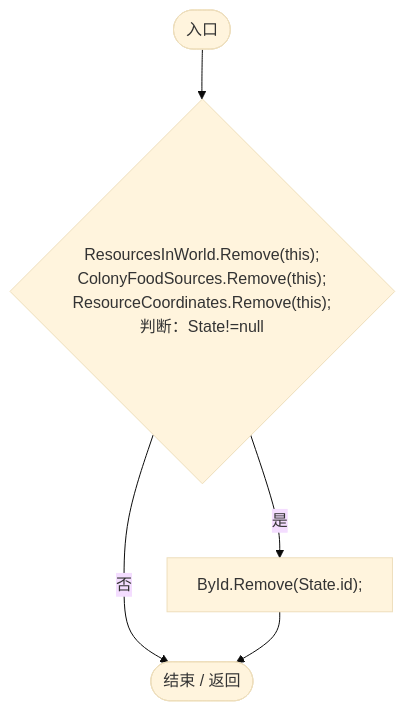
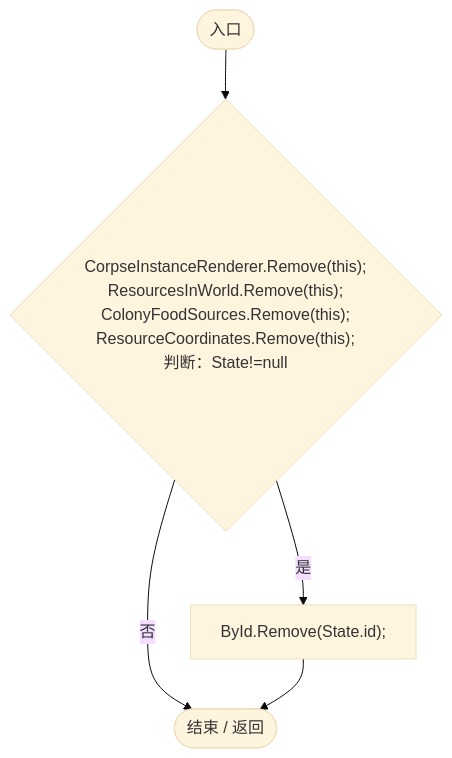
The eighth of 20 diagrams in Docs/运行流程图/脚本/293dbaecfff4b585.md (xhs6666/Darwin_paradise), drawn with Mermaid (base theme) before and after one commit. The commit also changed other lines of this file and 297 other files, not shown here.

````diff
--- a/Docs/运行流程图/脚本/293dbaecfff4b585.md
+++ b/Docs/运行流程图/脚本/293dbaecfff4b585.md
@@ -208,12 +209,12 @@
 ```mermaid
 flowchart TD
   b0(["入口"])
-  b1{"ResourcesInWorld.Remove(this);<br/>ColonyFoodSources.Remove(this);<br/>ResourceCoordinates.Remove(this);<br/>判断：State!=null"}
+  b1{"CorpseInstanceRenderer.Remove(this);<br/>ResourcesInWorld.Remove(this);<br/>ColonyFoodSources.Remove(this);<br/>ResourceCoordinates.Remove(this);<br/>判断：State!=null"}
   b2["ById.Remove(State.id);"]
   b3(["结束 / 返回"])
   b0 --> b1
   b1 -->|"是"| b2
   b1 -->|"否"| b3
   b2 --> b3
 
 ```
````
